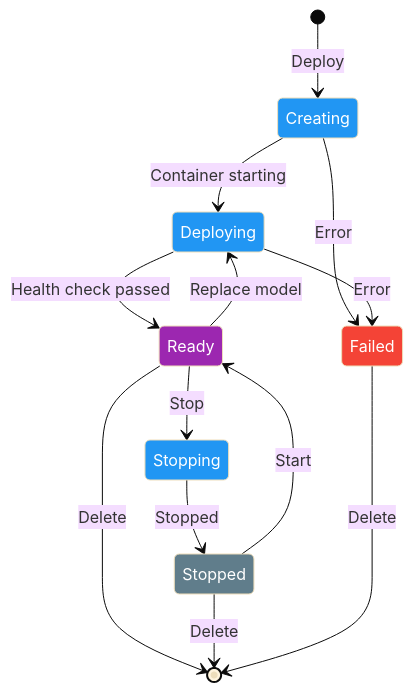
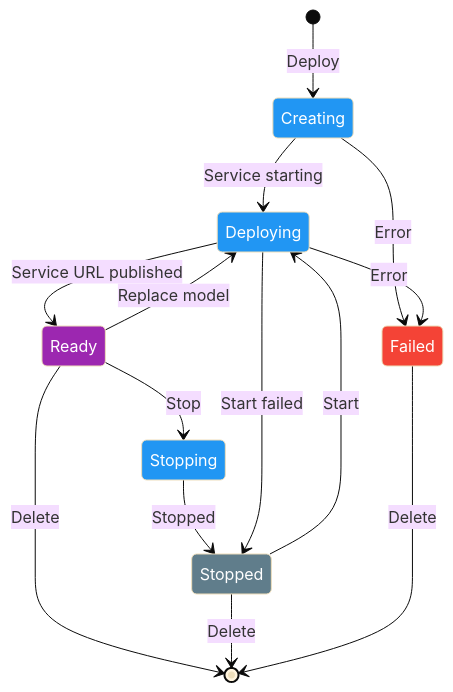
Before and after one commit to Rehman-AD/cv-yolov8-core: the first of 2 diagrams in docs/en/platform/deploy/endpoints.md, drawn with Mermaid (base theme). The commit also changed other lines of this file and 32 other files, not shown here.

````diff
--- a/docs/en/platform/deploy/endpoints.md
+++ b/docs/en/platform/deploy/endpoints.md
@@ -41,24 +42,25 @@
 ```mermaid
 stateDiagram-v2
     [*] --> Creating: Deploy
-    Creating --> Deploying: Container starting
-    Deploying --> Ready: Health check passed
+    Creating --> Deploying: Service starting
+    Deploying --> Ready: Service URL published
     Ready --> Stopping: Stop
     Ready --> Deploying: Replace model
     Stopping --> Stopped: Stopped
-    Stopped --> Ready: Start
+    Stopped --> Deploying: Start
+    Deploying --> Stopped: Start failed
     Ready --> [*]: Delete
     Stopped --> [*]: Delete
     Creating --> Failed: Error
     Deploying --> Failed: Error
     Failed --> [*]: Delete
 
     classDef proc fill:#2196F3,color:#fff
     classDef out fill:#9C27B0,color:#fff
     classDef error fill:#F44336,color:#fff
     classDef extern fill:#607D8B,color:#fff
     class Creating,Deploying,Stopping proc
     class Ready out
     class Failed error
     class Stopped extern
 ```
````
